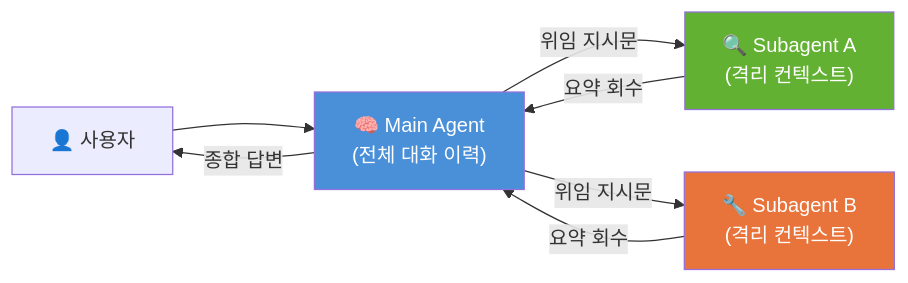
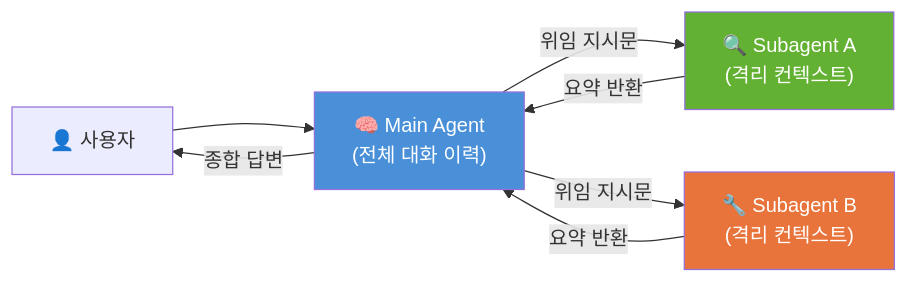
One commit to ddiiwoong/newblog changed the first of 2 diagrams in docs/claude-code/subagents.md. Above: the diagram before and after it, drawn with Mermaid. The commit also changed other lines of this file and 6 other files, not shown here.

````diff
--- a/docs/claude-code/subagents.md
+++ b/docs/claude-code/subagents.md
@@ -48,13 +48,13 @@
 ```mermaid
 graph LR
     U["👤 사용자"] --> M["🧠 Main Agent\n(전체 대화 이력)"]
     M -->|"위임 지시문"| S1["🔍 Subagent A\n(격리 컨텍스트)"]
     M -->|"위임 지시문"| S2["🔧 Subagent B\n(격리 컨텍스트)"]
-    S1 -->|"요약 회수"| M
-    S2 -->|"요약 회수"| M
+    S1 -->|"요약 반환"| M
+    S2 -->|"요약 반환"| M
     M -->|"종합 답변"| U
 
     style M fill:#4A90D9,color:#fff
     style S1 fill:#63B132,color:#fff
     style S2 fill:#E8743B,color:#fff
 ```
````
